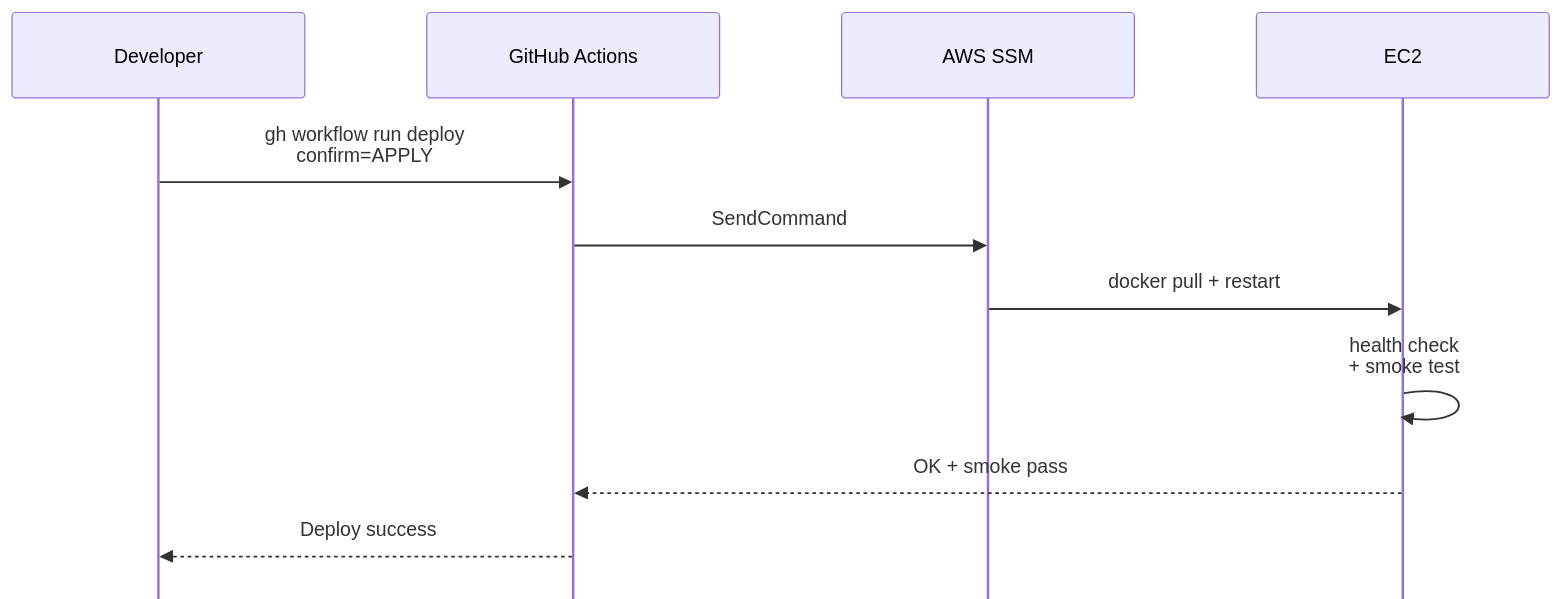
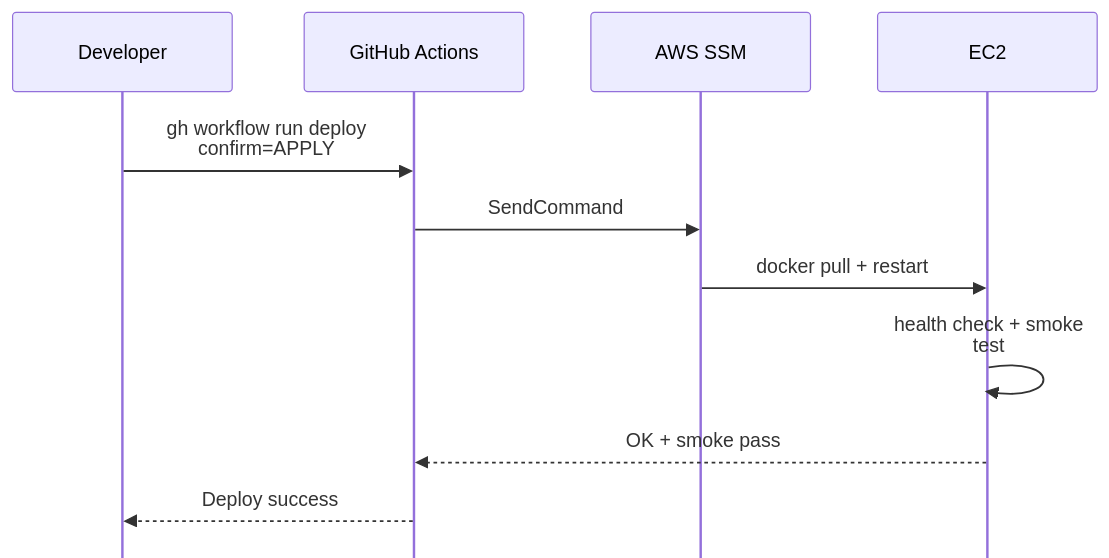
The fourth of 4 diagrams in documents/08-thesis/chapter-4-deployment-results.md (VictorAurelius/2026-Kite-Class-Platform), drawn with Mermaid before and after one commit. The commit also changed other lines of this file and 157 other files, not shown here.

````diff
--- a/documents/08-thesis/chapter-4-deployment-results.md
+++ b/documents/08-thesis/chapter-4-deployment-results.md
@@ -157,15 +157,15 @@
 ```mermaid
-%%{init: {"sequence": {"diagramMarginX": 50, "diagramMarginY": 25, "actorMargin": 100, "width": 240, "height": 70, "boxMargin": 18, "boxTextMargin": 10, "noteMargin": 15, "messageMargin": 50, "mirrorActors": false}, "themeVariables": {"fontSize": "28px", "messageFontSize": "26px", "noteFontSize": "26px"}}}%%
+%%{init: {"sequence": {"diagramMarginX": 30, "diagramMarginY": 20, "actorMargin": 55, "width": 180, "height": 65, "boxMargin": 14, "boxTextMargin": 8, "noteMargin": 12, "messageMargin": 40, "mirrorActors": false, "wrap": true}, "themeVariables": {"fontSize": "36px", "messageFontSize": "34px", "noteFontSize": "34px"}}}%%
 sequenceDiagram
     participant Dev as Developer
     participant GH as GitHub Actions
     participant SSM as AWS SSM
     participant EC2 as EC2
 
-    Dev->>GH: gh workflow run deploy<br/>confirm=APPLY
+    Dev->>GH: gh workflow run deploy confirm=APPLY
     GH->>SSM: SendCommand
     SSM->>EC2: docker pull + restart
-    EC2->>EC2: health check<br/>+ smoke test
+    EC2->>EC2: health check + smoke test
     EC2-->>GH: OK + smoke pass
     GH-->>Dev: Deploy success
 ```
````
